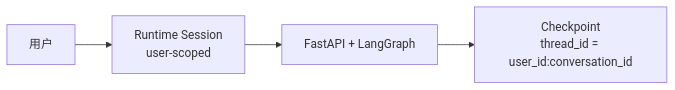
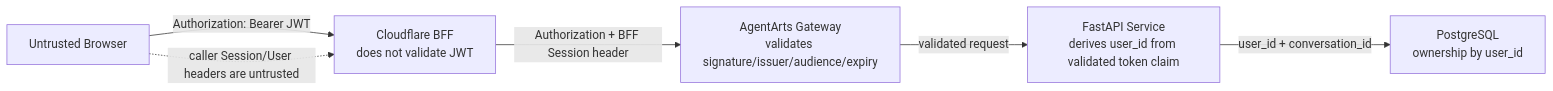
One commit to T-1009/personal-assistant changed the second of 5 diagrams in personal-assistant-meta/issues/features/feature-14-multi-session-runtime-prewarm/issue.md. Above: the diagram before and after it, drawn with Mermaid. The commit also changed other lines of this file and 3 other files, not shown here.

````diff
--- a/personal-assistant-meta/issues/features/feature-14-multi-session-runtime-prewarm/issue.md
+++ b/personal-assistant-meta/issues/features/feature-14-multi-session-runtime-prewarm/issue.md
@@ -224,6 +225,14 @@
 ```mermaid
 flowchart LR
-    User["用户"] --> Runtime["Runtime Session<br/>user-scoped"]
-    Runtime --> Agent["FastAPI + LangGraph"]
-    Agent --> CP["Checkpoint<br/>thread_id = user_id:conversation_id"]
+    Browser["Untrusted Browser"]
+    BFF["Cloudflare BFF<br/>does not validate JWT"]
+    Gateway["AgentArts Gateway<br/>validates signature/issuer/audience/expiry"]
+    Service["FastAPI Service<br/>derives user_id from validated token claim"]
+    DB["PostgreSQL<br/>ownership by user_id"]
+
+    Browser -->|"Authorization: Bearer JWT"| BFF
+    Browser -.->|"caller Session/User headers are untrusted"| BFF
+    BFF -->|"Authorization + BFF Session header"| Gateway
+    Gateway -->|"validated request"| Service
+    Service -->|"user_id + conversation_id"| DB
 ```
````
